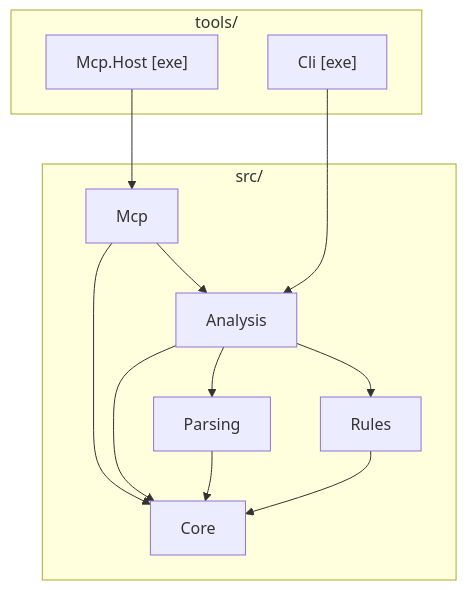
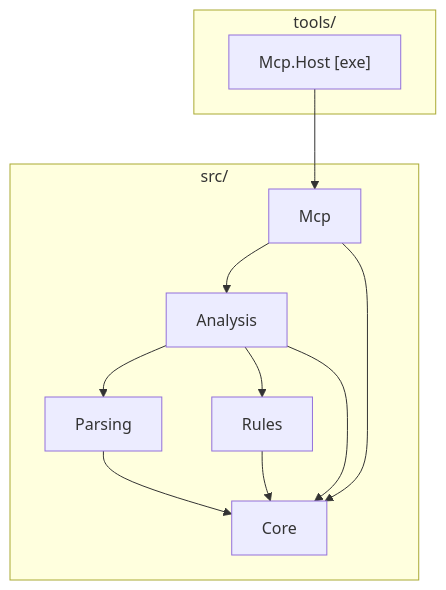
The diagram in docs/architecture.md (ruijarimba/azure-pipelines-guidelines-ai-mcp), drawn with Mermaid before and after one commit. The commit also changed other lines of this file and 13 other files, not shown here.

````diff
--- a/docs/architecture.md
+++ b/docs/architecture.md
@@ -47,23 +42,21 @@
 ```mermaid
 graph TD
     subgraph src["src/"]
         Core["Core"]
         Parsing["Parsing"]
         Rules["Rules"]
         Analysis["Analysis"]
         Mcp["Mcp"]
     end
     subgraph tools["tools/"]
         McpHost["Mcp.Host [exe]"]
-        Cli["Cli [exe]"]
     end
     Parsing --> Core
     Rules --> Core
     Analysis --> Core
     Analysis --> Parsing
     Analysis --> Rules
     Mcp --> Core
     Mcp --> Analysis
     McpHost --> Mcp
-    Cli --> Analysis
 ```
````
